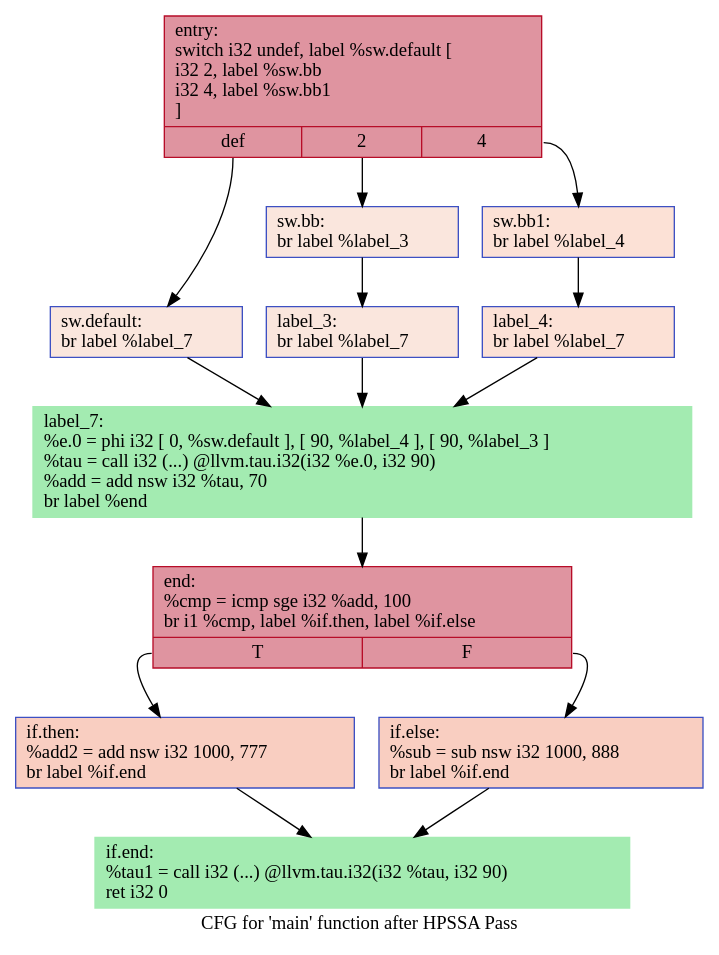
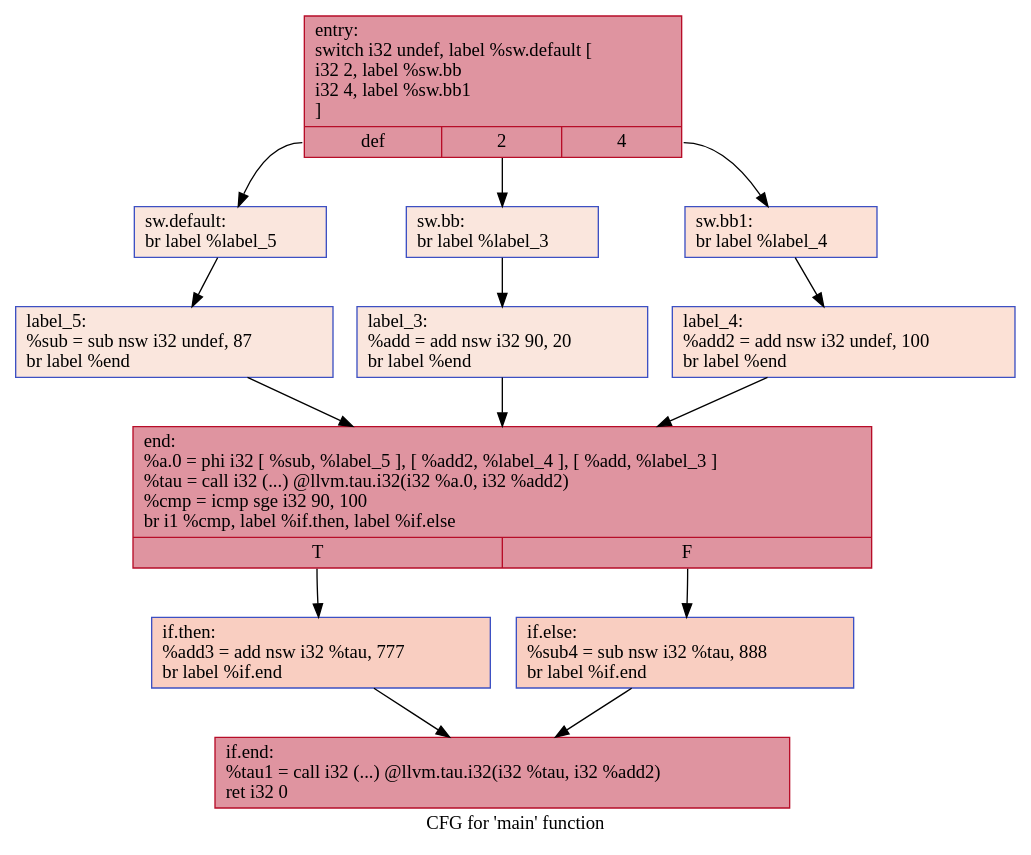
One commit to HPSSA-LLVM/HPSSA-LLVM changed the diagram in IR/cfg/afterHPSSA.dot. Above: the diagram before and after it, drawn with Graphviz. The commit also changed 24 other files, not shown here.

```diff
--- a/IR/cfg/afterHPSSA.dot
+++ b/IR/cfg/afterHPSSA.dot
@@ -1,28 +1,28 @@
 digraph "CFG for 'main' function" {
-	label="CFG for 'main' function after HPSSA Pass";
+	label="CFG for 'main' function";
 
-	Node0x55d1094fe880 [shape=record,color="#b70d28ff", style=filled, fillcolor="#b70d2870",label="{entry:\l  switch i32 undef, label %sw.default [\l    i32 2, label %sw.bb\l    i32 4, label %sw.bb1\l  ]\l|{<s0>def|<s1>2|<s2>4}}"];
-	Node0x55d1094fe880:s0 -> Node0x55d1094fede0;
-	Node0x55d1094fe880:s1 -> Node0x55d1094fee60;
-	Node0x55d1094fe880:s2 -> Node0x55d1094fef00;
-	Node0x55d1094fee60 [shape=record,color="#3d50c3ff", style=filled, fillcolor="#f3c7b170",label="{sw.bb:                                            \l  br label %label_3\l}"];
-	Node0x55d1094fee60 -> Node0x55d1094ff090;
-	Node0x55d1094fef00 [shape=record,color="#3d50c3ff", style=filled, fillcolor="#f7bca170",label="{sw.bb1:                                           \l  br label %label_4\l}"];
-	Node0x55d1094fef00 -> Node0x55d1094ff170;
-	Node0x55d1094fede0 [shape=record,color="#3d50c3ff", style=filled, fillcolor="#f3c7b170",label="{sw.default:                                       \l  br label %label_7\l}"];
-	Node0x55d1094fede0 -> Node0x55d1094ff250;
-	Node0x55d1094ff090 [shape=record,color="#3d50c3ff", style=filled, fillcolor="#f3c7b170",label="{label_3:                                          \l  br label %label_7\l}"];
-	Node0x55d1094ff090 -> Node0x55d1094ff250;
-	Node0x55d1094ff170 [shape=record,color="#3d50c3ff", style=filled, fillcolor="#f7bca170",label="{label_4:                                          \l  br label %label_7\l}"];
-	Node0x55d1094ff170 -> Node0x55d1094ff250;
-	Node0x55d1094ff250 [shape=record,color="#A3EBB1", style=filled, fillcolor="#A3EBB1",label="{label_7:                                          \l  %e.0 = phi i32 [ 0, %sw.default ], [ 90, %label_4 ], [ 90, %label_3 ]\l  %tau = call i32 (...) @llvm.tau.i32(i32 %e.0, i32 90)\l  %add = add nsw i32 %tau, 70\l  br label %end\l}"];
-	Node0x55d1094ff250 -> Node0x55d1094ff800;
-	Node0x55d1094ff800 [shape=record,color="#b70d28ff", style=filled, fillcolor="#b70d2870",label="{end:                                              \l  %cmp = icmp sge i32 %add, 100\l  br i1 %cmp, label %if.then, label %if.else\l|{<s0>T|<s1>F}}"];
-	Node0x55d1094ff800:s0 -> Node0x55d1094ff9c0;
-	Node0x55d1094ff800:s1 -> Node0x55d1094ffbd0;
-	Node0x55d1094ff9c0 [shape=record,color="#3d50c3ff", style=filled, fillcolor="#f2907270",label="{if.then:                                          \l  %add2 = add nsw i32 1000, 777\l  br label %if.end\l}"];
-	Node0x55d1094ff9c0 -> Node0x55d1094ffe00;
-	Node0x55d1094ffbd0 [shape=record,color="#3d50c3ff", style=filled, fillcolor="#f2907270",label="{if.else:                                          \l  %sub = sub nsw i32 1000, 888\l  br label %if.end\l}"];
-	Node0x55d1094ffbd0 -> Node0x55d1094ffe00;
-	Node0x55d1094ffe00 [shape=record,color="#A3EBB1", style=filled, fillcolor="#A3EBB1",label="{if.end:                                           \l  %tau1 = call i32 (...) @llvm.tau.i32(i32 %tau, i32 90)\l  ret i32 0\l}"];
+	Node0x557c313aa8c0 [shape=record,color="#b70d28ff", style=filled, fillcolor="#b70d2870",label="{entry:\l  switch i32 undef, label %sw.default [\l    i32 2, label %sw.bb\l    i32 4, label %sw.bb1\l  ]\l|{<s0>def|<s1>2|<s2>4}}"];
+	Node0x557c313aa8c0:s0 -> Node0x557c313aae20;
+	Node0x557c313aa8c0:s1 -> Node0x557c313aaea0;
+	Node0x557c313aa8c0:s2 -> Node0x557c313aaf40;
+	Node0x557c313aaea0 [shape=record,color="#3d50c3ff", style=filled, fillcolor="#f3c7b170",label="{sw.bb:                                            \l  br label %label_3\l}"];
+	Node0x557c313aaea0 -> Node0x557c313ab0d0;
+	Node0x557c313aaf40 [shape=record,color="#3d50c3ff", style=filled, fillcolor="#f7bca170",label="{sw.bb1:                                           \l  br label %label_4\l}"];
+	Node0x557c313aaf40 -> Node0x557c313ab1b0;
+	Node0x557c313aae20 [shape=record,color="#3d50c3ff", style=filled, fillcolor="#f3c7b170",label="{sw.default:                                       \l  br label %label_5\l}"];
+	Node0x557c313aae20 -> Node0x557c313ab290;
+	Node0x557c313ab0d0 [shape=record,color="#3d50c3ff", style=filled, fillcolor="#f3c7b170",label="{label_3:                                          \l  %add = add nsw i32 90, 20\l  br label %end\l}"];
+	Node0x557c313ab0d0 -> Node0x557c313ab480;
+	Node0x557c313ab1b0 [shape=record,color="#3d50c3ff", style=filled, fillcolor="#f7bca170",label="{label_4:                                          \l  %add2 = add nsw i32 undef, 100\l  br label %end\l}"];
+	Node0x557c313ab1b0 -> Node0x557c313ab480;
+	Node0x557c313ab290 [shape=record,color="#3d50c3ff", style=filled, fillcolor="#f3c7b170",label="{label_5:                                          \l  %sub = sub nsw i32 undef, 87\l  br label %end\l}"];
+	Node0x557c313ab290 -> Node0x557c313ab480;
+	Node0x557c313ab480 [shape=record,color="#b70d28ff", style=filled, fillcolor="#b70d2870",label="{end:                                              \l  %a.0 = phi i32 [ %sub, %label_5 ], [ %add2, %label_4 ], [ %add, %label_3 ]\l  %tau = call i32 (...) @llvm.tau.i32(i32 %a.0, i32 %add2)\l  %cmp = icmp sge i32 90, 100\l  br i1 %cmp, label %if.then, label %if.else\l|{<s0>T|<s1>F}}"];
+	Node0x557c313ab480:s0 -> Node0x557c313abd30;
+	Node0x557c313ab480:s1 -> Node0x557c313abda0;
+	Node0x557c313abd30 [shape=record,color="#3d50c3ff", style=filled, fillcolor="#f2907270",label="{if.then:                                          \l  %add3 = add nsw i32 %tau, 777\l  br label %if.end\l}"];
+	Node0x557c313abd30 -> Node0x557c313abfa0;
+	Node0x557c313abda0 [shape=record,color="#3d50c3ff", style=filled, fillcolor="#f2907270",label="{if.else:                                          \l  %sub4 = sub nsw i32 %tau, 888\l  br label %if.end\l}"];
+	Node0x557c313abda0 -> Node0x557c313abfa0;
+	Node0x557c313abfa0 [shape=record,color="#b70d28ff", style=filled, fillcolor="#b70d2870",label="{if.end:                                           \l  %tau1 = call i32 (...) @llvm.tau.i32(i32 %tau, i32 %add2)\l  ret i32 0\l}"];
 }
```
